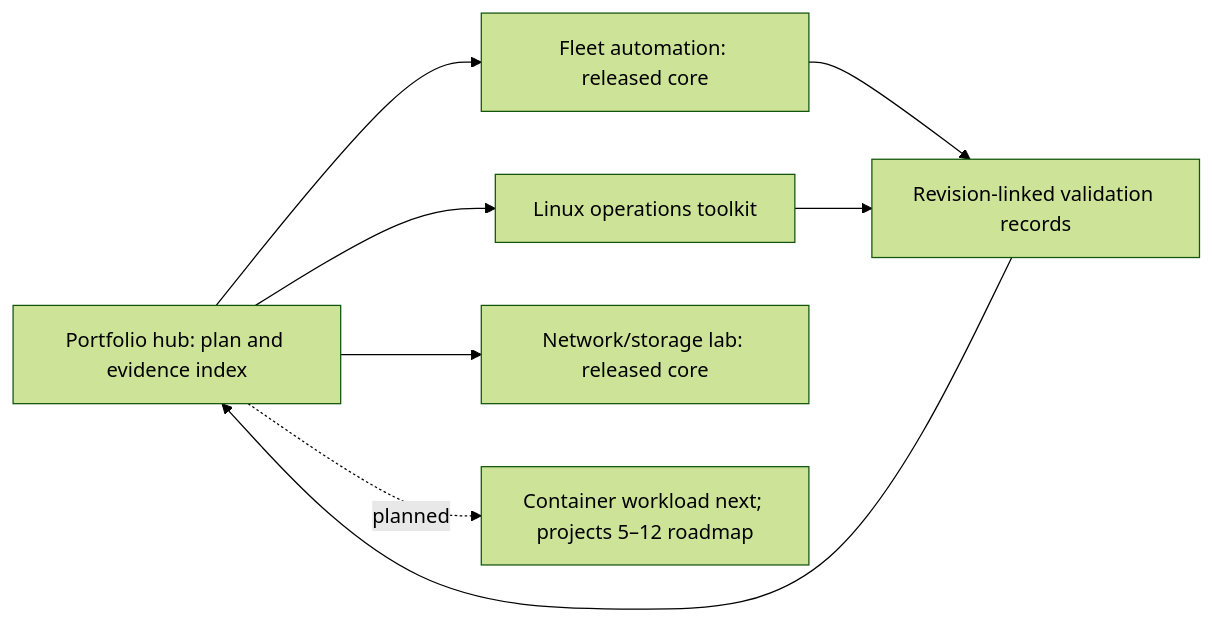
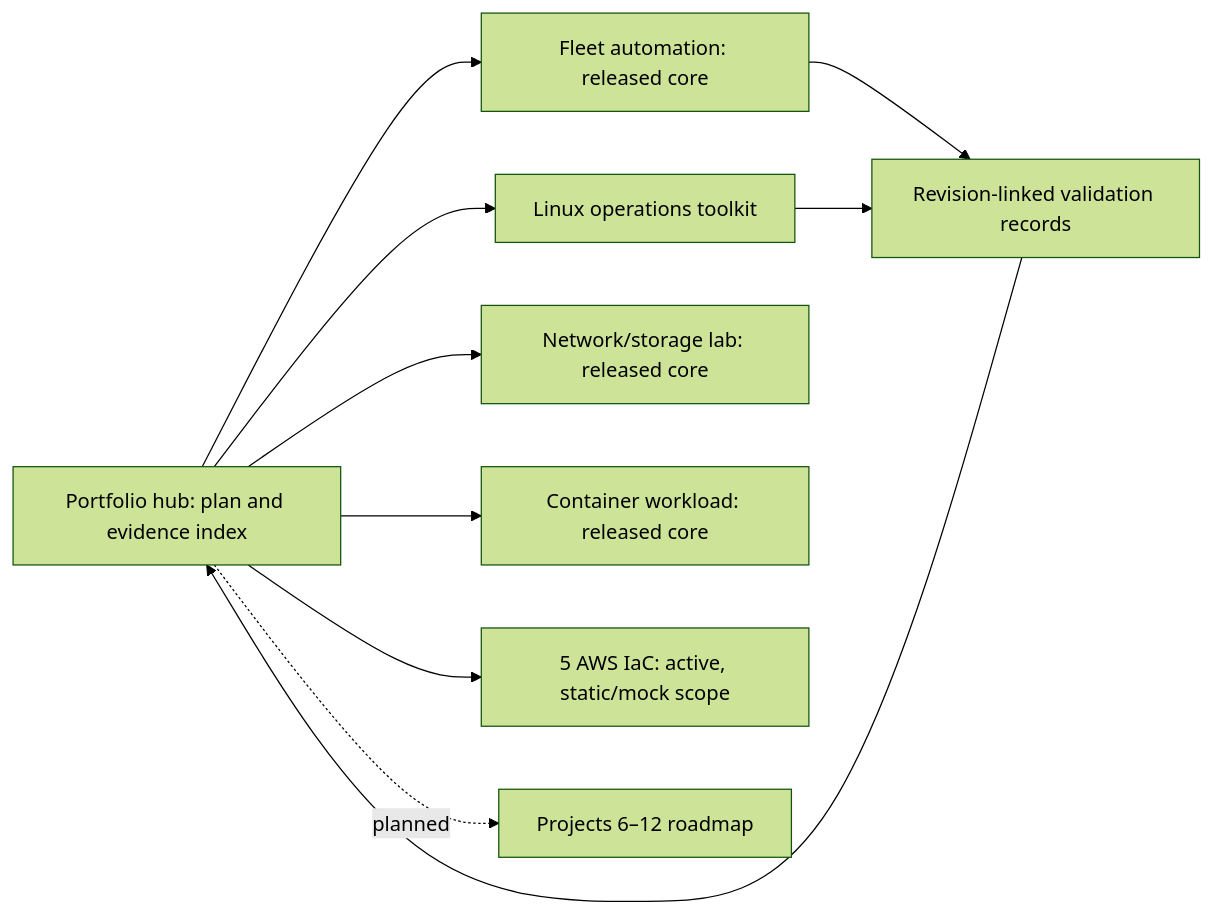
The diagram in README.md (Yash-PK/ops-linux-devops-portfolio), drawn with Mermaid (forest theme) before and after one commit. The commit also changed other lines of this file and 8 other files, not shown here.

````diff
--- a/README.md
+++ b/README.md
@@ -58,16 +72,20 @@
 ```mermaid
 flowchart LR
     Hub[Portfolio hub: plan and evidence index]
     Toolkit[Linux operations toolkit]
     Fleet[Fleet automation: released core]
     Network[Network/storage lab: released core]
-    Future[Container workload next; projects 5–12 roadmap]
+    Container[Container workload: released core]
+    Cloud[5 AWS IaC: active, static/mock scope]
+    Future[Projects 6–12 roadmap]
     Evidence[Revision-linked validation records]
     Hub --> Toolkit
     Hub --> Fleet
     Hub --> Network
+    Hub --> Container
+    Hub --> Cloud
     Fleet --> Evidence
     Hub -. planned .-> Future
     Toolkit --> Evidence
     Evidence --> Hub
 ```
````
